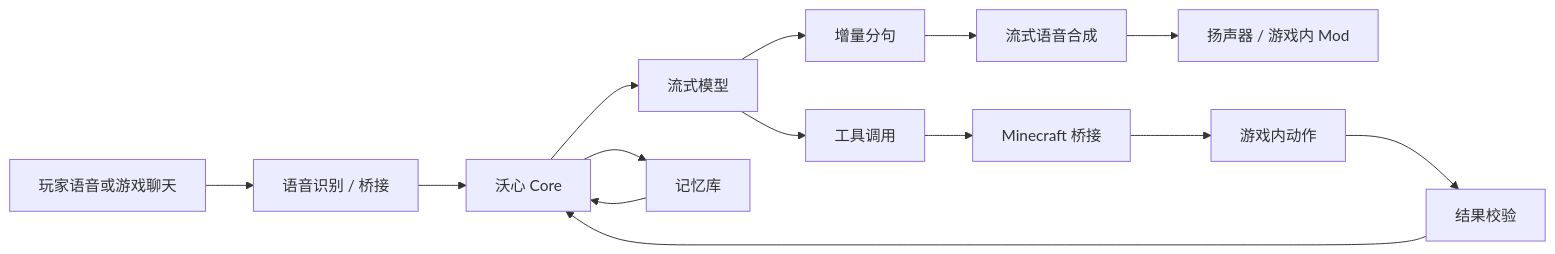
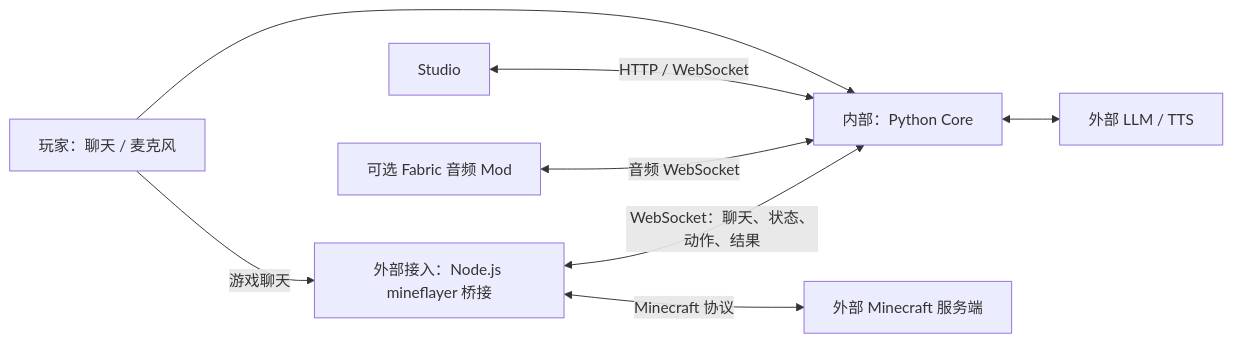
The diagram in README.md (DeckDes233/Voxkin), drawn with Mermaid before and after one commit. The commit also changed other lines of this file and 52 other files, not shown here.

````diff
--- a/README.md
+++ b/README.md
@@ -52,16 +29,10 @@
 ```mermaid
 flowchart LR
-    P[玩家语音或游戏聊天] --> A[语音识别 / 桥接]
-    A --> B[沃心 Core]
-    B --> C[流式模型]
-    C --> D[增量分句]
-    D --> E[流式语音合成]
-    E --> F[扬声器 / 游戏内 Mod]
-    C --> G[工具调用]
-    G --> H[Minecraft 桥接]
-    H --> I[游戏内动作]
-    I --> J[结果校验]
-    J --> B
-    B --> K[记忆库]
-    K --> B
+    P[玩家：聊天 / 麦克风] --> C[内部：Python Core]
+    B[外部接入：Node.js mineflayer 桥接] <-->|WebSocket：聊天、状态、动作、结果| C
+    P -->|游戏聊天| B
+    B <-->|Minecraft 协议| M[外部 Minecraft 服务端]
+    C <--> L[外部 LLM / TTS]
+    U[Studio] <-->|HTTP / WebSocket| C
+    A[可选 Fabric 音频 Mod] <-->|音频 WebSocket| C
 ```
````
